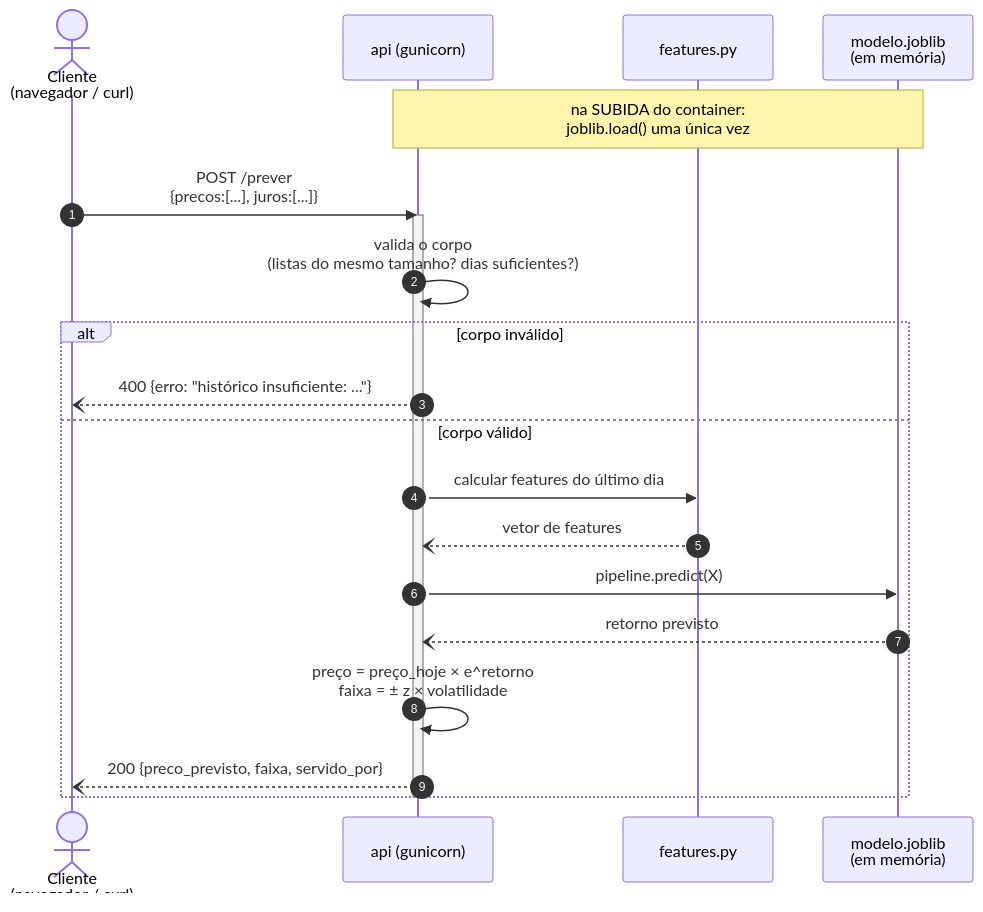
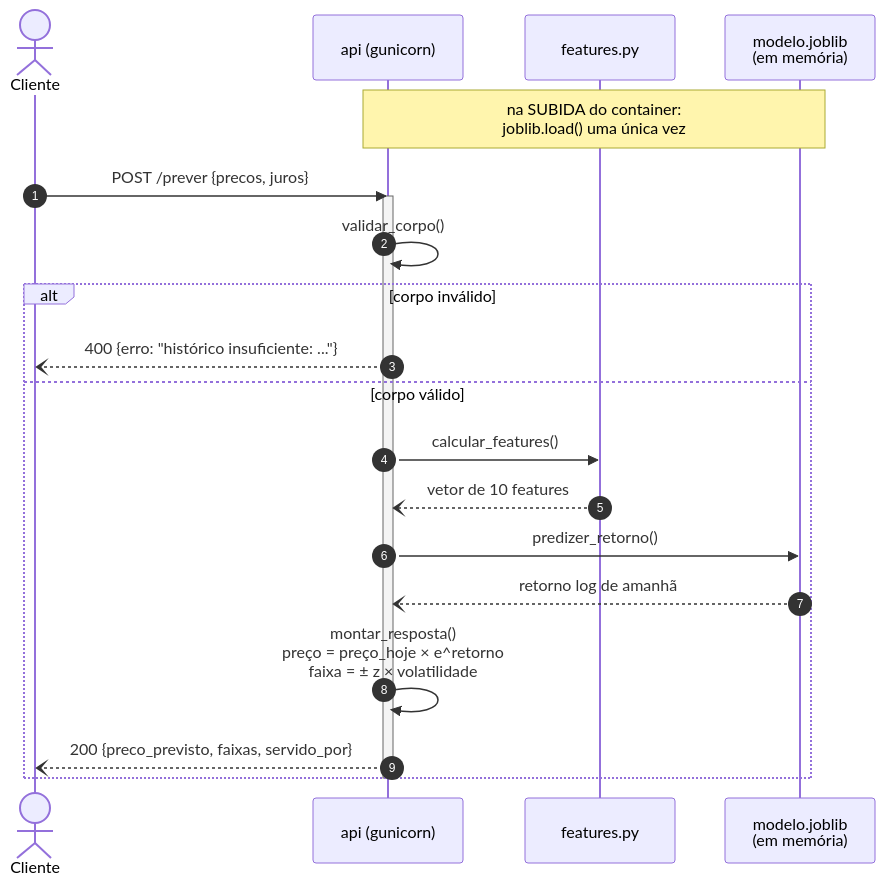
One commit to Leandro-Filho/Ponderada_Docker changed the second of 4 diagrams in uml/arquitetura.md. Above: the diagram before and after it, drawn with Mermaid. The commit also changed other lines of this file and 21 other files, not shown here.

Commit message:
docs: arrumando o diagrama uml para se encaixar com a api

````diff
--- a/uml/arquitetura.md
+++ b/uml/arquitetura.md
@@ -75,27 +75,27 @@
 ```mermaid
 sequenceDiagram
     autonumber
-    actor U as Cliente<br/>(navegador / curl)
+    actor U as Cliente
     participant A as api (gunicorn)
     participant F as features.py
     participant M as modelo.joblib<br/>(em memória)
 
     Note over A,M: na SUBIDA do container:<br/>joblib.load() uma única vez
 
-    U->>A: POST /prever<br/>{precos:[...], juros:[...]}
+    U->>A: POST /prever {precos, juros}
     activate A
 
-    A->>A: valida o corpo<br/>(listas do mesmo tamanho? dias suficientes?)
+    A->>A: validar_corpo()
 
     alt corpo inválido
         A--)U: 400 {erro: "histórico insuficiente: ..."}
     else corpo válido
-        A->>F: calcular features do último dia
-        F--)A: vetor de features
-        A->>M: pipeline.predict(X)
-        M--)A: retorno previsto
-        A->>A: preço = preço_hoje × e^retorno<br/>faixa = ± z × volatilidade
-        A--)U: 200 {preco_previsto, faixa, servido_por}
+        A->>F: calcular_features()
+        F--)A: vetor de 10 features
+        A->>M: predizer_retorno()
+        M--)A: retorno log de amanhã
+        A->>A: montar_resposta()<br/>preço = preço_hoje × e^retorno<br/>faixa = ± z × volatilidade
+        A--)U: 200 {preco_previsto, faixas, servido_por}
     end
     deactivate A
 ```
````
